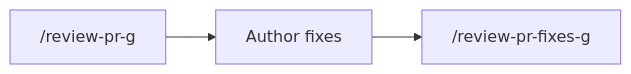
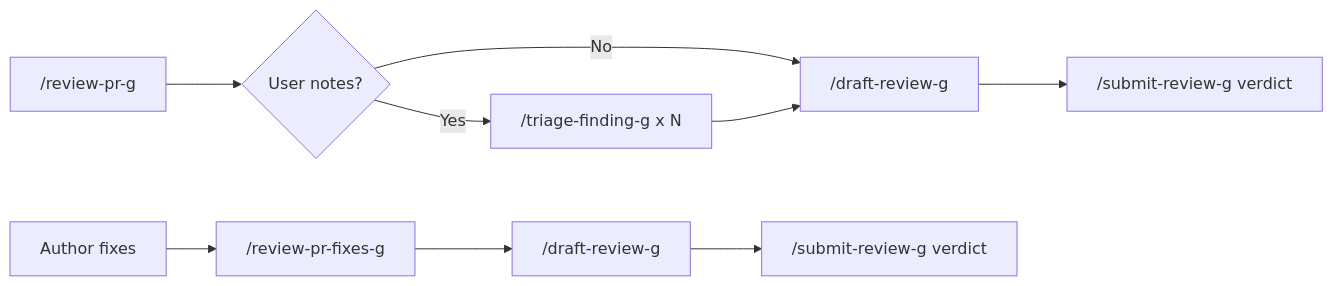
One commit to SRachamim/etc-nixos changed the fifth of 19 diagrams in home/file/agents/skills/knowledge/workflow-catalog-g/SKILL.md. Above: the diagram before and after it, drawn with Mermaid. The commit also changed other lines of this file and 8 other files, not shown here.

First line of the commit message:
Decompose PR review into pipeline: triage, draft, submit

````diff
--- a/home/file/agents/skills/knowledge/workflow-catalog-g/SKILL.md
+++ b/home/file/agents/skills/knowledge/workflow-catalog-g/SKILL.md
@@ -109,5 +109,11 @@
 ```mermaid
 flowchart LR
-  A["/review-pr-g"] --> B["Author fixes"]
-  B --> C["/review-pr-fixes-g"]
+  A["/review-pr-g"] --> B{User notes?}
+  B -->|Yes| C["/triage-finding-g x N"]
+  B -->|No| D["/draft-review-g"]
+  C --> D
+  D --> E["/submit-review-g verdict"]
+  F["Author fixes"] --> G["/review-pr-fixes-g"]
+  G --> H["/draft-review-g"]
+  H --> I["/submit-review-g verdict"]
 ```
````
